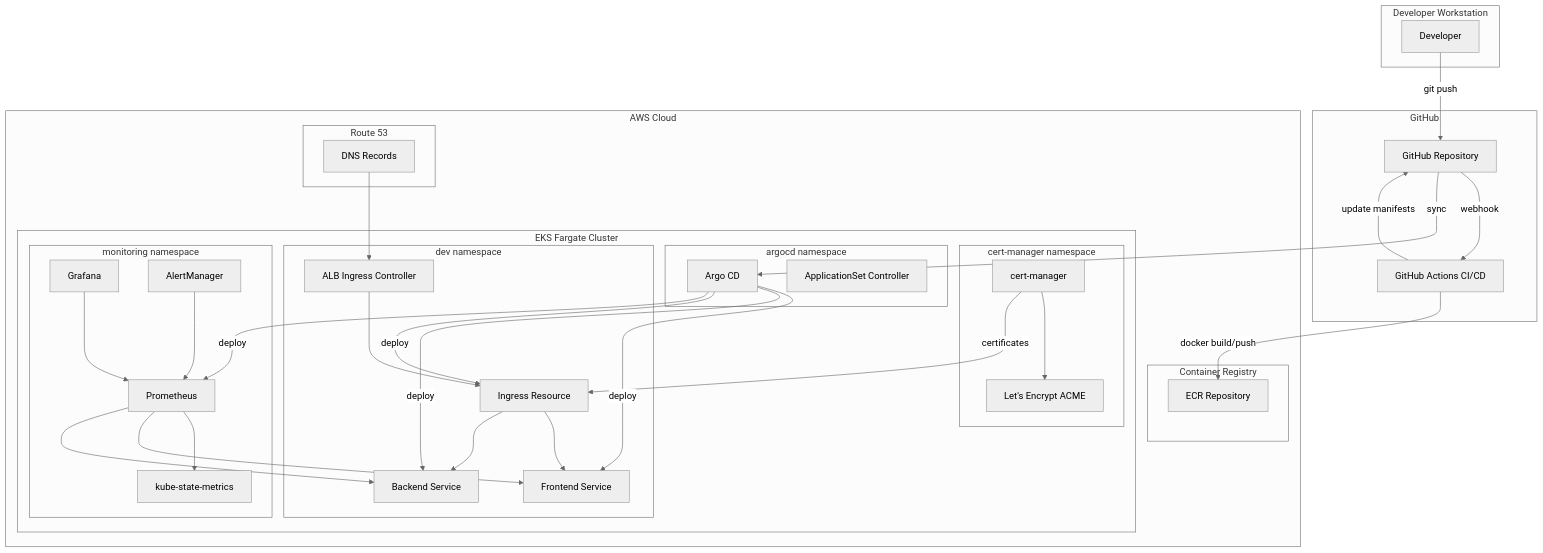
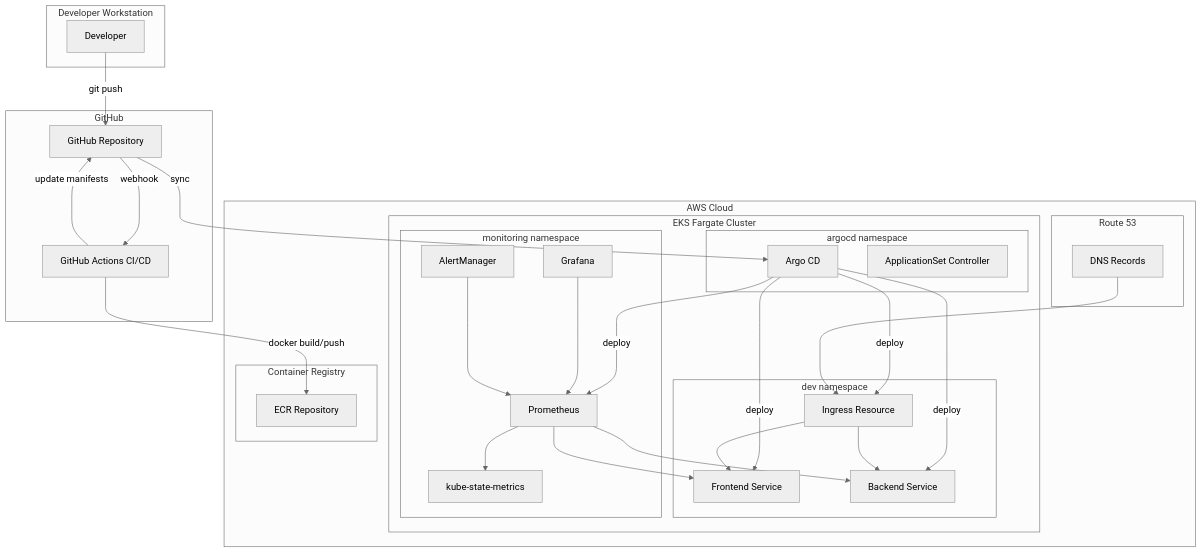
Before and after one commit to mrthehavok/k8s-advanced-webapp: the diagram in docs/architecture.md, drawn with Mermaid (neutral theme). The commit also changed other lines of this file and 7 other files, not shown here.

First line of the commit message:
docs(gitops): remove cert-manager and alb controller in favor of native ALB integration

````diff
--- a/docs/architecture.md
+++ b/docs/architecture.md
@@ -9,72 +9,62 @@
 ```mermaid
 graph TB
     subgraph "GitHub"
         GH[GitHub Repository]
         GA[GitHub Actions CI/CD]
     end
 
     subgraph "AWS Cloud"
         subgraph "Route 53"
             DNS[DNS Records]
         end
 
         subgraph "EKS Fargate Cluster"
-            subgraph "cert-manager namespace"
-                CM[cert-manager]
-                ACME[Let's Encrypt ACME]
-            end
-
             subgraph "argocd namespace"
                 ARGO[Argo CD]
                 APPSET[ApplicationSet Controller]
             end
 
             subgraph "dev namespace"
-                ALB[ALB Ingress Controller]
                 FE[Frontend Service]
                 BE[Backend Service]
                 ING[Ingress Resource]
             end
 
             subgraph "monitoring namespace"
                 PROM[Prometheus]
                 GRAF[Grafana]
                 KSM[kube-state-metrics]
                 AM[AlertManager]
             end
         end
 
         subgraph "Container Registry"
             ECR[ECR Repository]
         end
     end
 
     subgraph "Developer Workstation"
         DEV[Developer]
     end
 
     %% Data Flow
     DEV -->|git push| GH
     GH -->|webhook| GA
     GA -->|docker build/push| ECR
     GA -->|update manifests| GH
     GH -->|sync| ARGO
     ARGO -->|deploy| FE
     ARGO -->|deploy| BE
     ARGO -->|deploy| ING
     ARGO -->|deploy| PROM
 
-    DNS --> ALB
-    ALB --> ING
+    DNS --> ING
     ING --> FE
     ING --> BE
-
-    CM --> ACME
-    CM -->|certificates| ING
 
     PROM --> KSM
     PROM --> FE
     PROM --> BE
     GRAF --> PROM
     AM --> PROM
 ```
````
